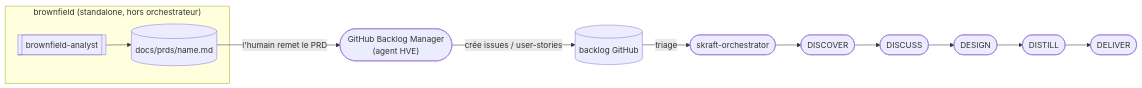
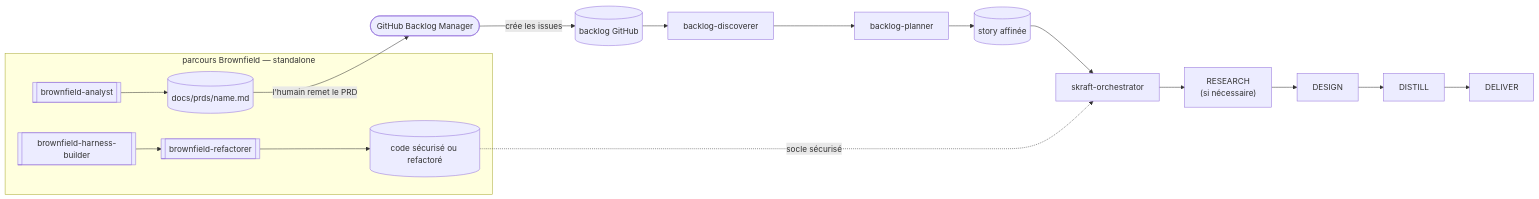
The third of 3 diagrams in docs/site/fr/explanation/brownfield.md (SebastienDegodez/skraft-plugin), drawn with Mermaid before and after one commit. The commit also changed other lines of this file and 820 other files, not shown here.

````diff
--- a/docs/site/fr/explanation/brownfield.md
+++ b/docs/site/fr/explanation/brownfield.md
@@ -131,10 +148,16 @@
 ```mermaid
 flowchart LR
-    subgraph BF ["brownfield (standalone, hors orchestrateur)"]
+    subgraph BF ["parcours Brownfield — standalone"]
         BA[["brownfield-analyst"]] --> PRD[("docs/prds/name.md")]
+        HB[["brownfield-harness-builder"]] --> RF[["brownfield-refactorer"]]
+        RF --> CODE[("code sécurisé ou refactoré")]
     end
-    PRD -->|"l'humain remet le PRD"| GHM(["GitHub Backlog Manager<br/>(agent HVE)"])
-    GHM -->|"crée issues / user-stories"| ISSUES[("backlog GitHub")]
-    ISSUES -->|"triage"| ORCH(["skraft-orchestrator"])
-    ORCH --> DISCOVER(["DISCOVER"]) --> DISCUSS(["DISCUSS"]) --> DESIGN(["DESIGN"]) --> DISTILL(["DISTILL"]) --> DELIVER(["DELIVER"])
+    PRD -->|"l'humain remet le PRD"| GHM(["GitHub Backlog Manager"])
+    GHM -->|"crée les issues"| ISSUES[("backlog GitHub")]
+    ISSUES --> BD["backlog-discoverer"]
+    BD --> BP["backlog-planner"]
+    BP --> STORY[("story affinée")]
+    STORY --> ORCH["skraft-orchestrator"]
+    CODE -.->|"socle sécurisé"| ORCH
+    ORCH --> RESEARCH["RESEARCH<br/>(si nécessaire)"] --> DESIGN["DESIGN"] --> DISTILL["DISTILL"] --> DELIVER["DELIVER"]
 ```
````
